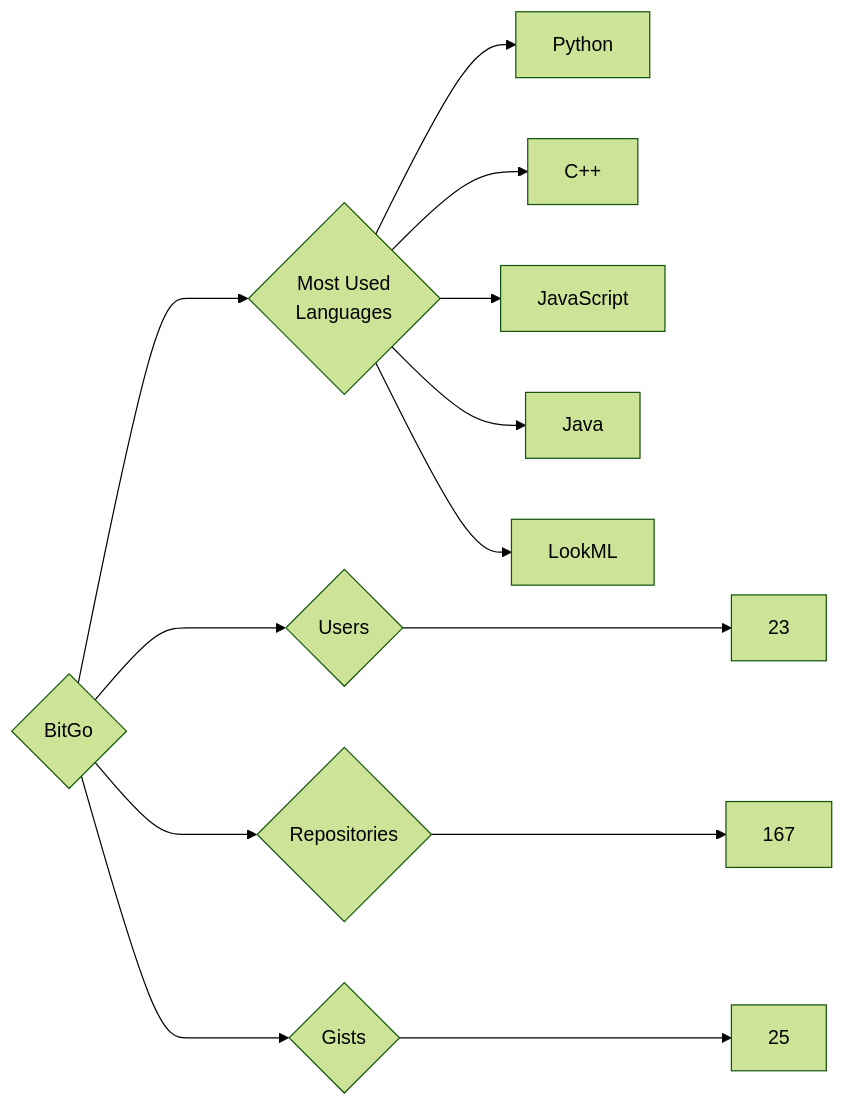
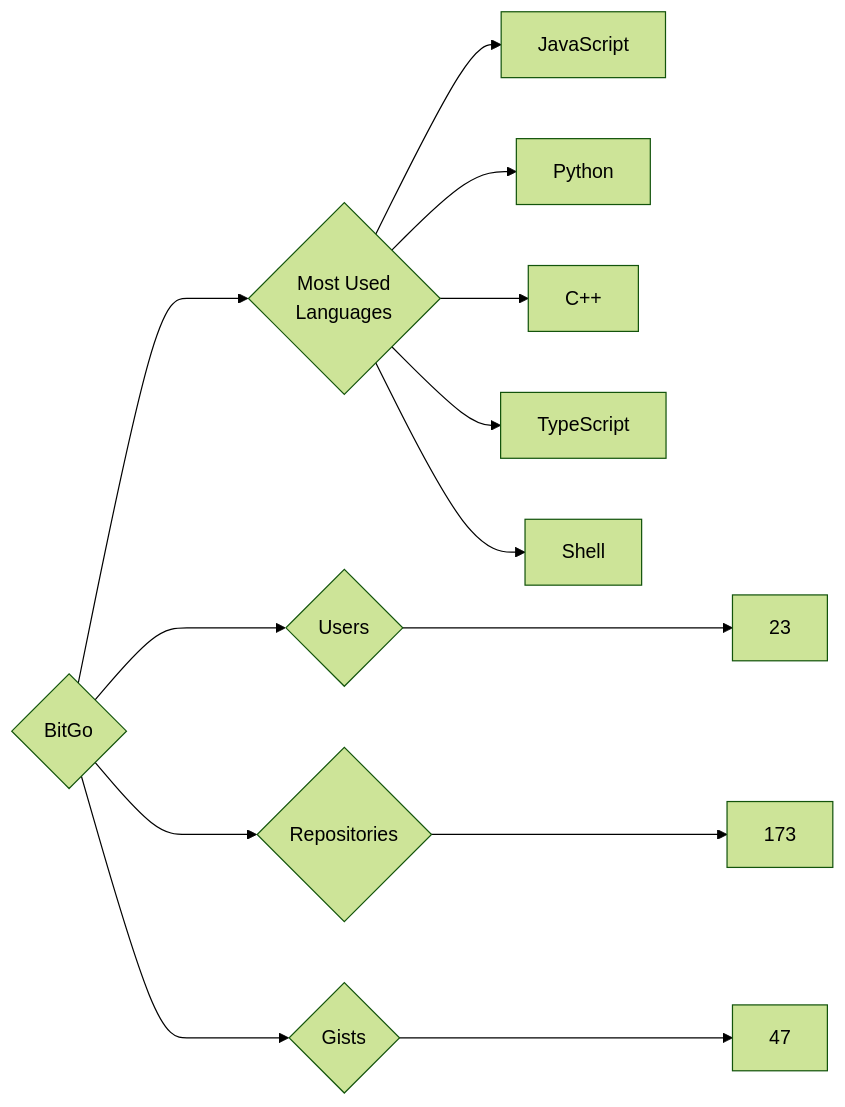
Before and after one commit to trickest/insiders: the diagram in targets/BitGo/README.md, drawn with Mermaid (forest theme). The commit also changed 681 other files, not shown here.

````diff
--- a/targets/BitGo/README.md
+++ b/targets/BitGo/README.md
@@ -3,13 +3,13 @@
 ```mermaid
 graph LR
 COMPANY_NAME{BitGo}
 COMPANY_NAME ---> U{Users} ---> UN[23]
-COMPANY_NAME ---> R{Repositories} ---> RN[167]
-COMPANY_NAME ---> G{Gists} ---> GN[25]
+COMPANY_NAME ---> R{Repositories} ---> RN[173]
+COMPANY_NAME ---> G{Gists} ---> GN[47]
 COMPANY_NAME ---> ML{Most Used<br>Languages}
+ML --> JavaScript[JavaScript]
 ML --> Python[Python]
 ML --> C++[C++]
-ML --> JavaScript[JavaScript]
-ML --> Java[Java]
-ML --> LookML[LookML]
+ML --> TypeScript[TypeScript]
+ML --> Shell[Shell]
 ```
````
